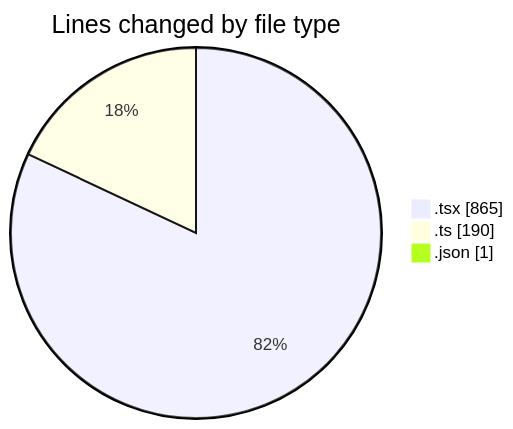
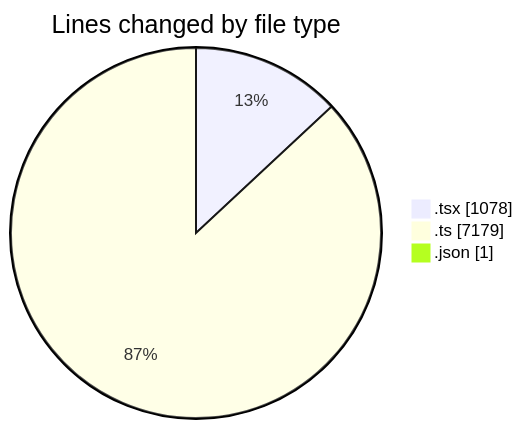
The first of 2 diagrams in 2026-09-17/cda/README.md (momahboobian/code-tracking), drawn with Mermaid before and after one commit. The commit also changed other lines of this file and 1 other file, not shown here.

````diff
--- a/2026-09-17/cda/README.md
+++ b/2026-09-17/cda/README.md
@@ -36,7 +39,7 @@
 ```mermaid
 pie showData
 title Lines changed by file type
-".tsx" : 865
-".ts" : 190
+".tsx" : 1078
+".ts" : 7179
 ".json" : 1
 ```
````
